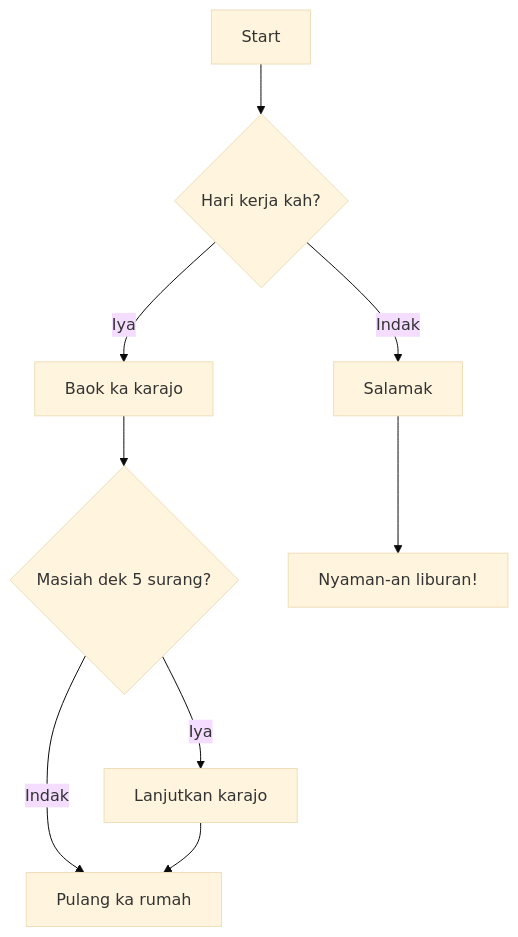
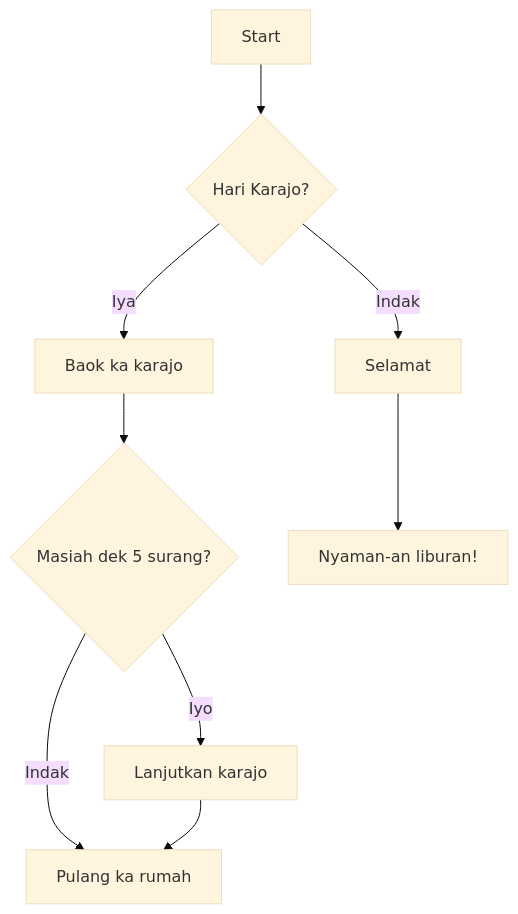
One commit to drshahizan/Generative-AI-Playground changed the diagram in materials/stie/mermaid.md. Above: the diagram before and after it, drawn with Mermaid (base theme). The commit also changed other lines of this file, not shown here.

````diff
--- a/materials/stie/mermaid.md
+++ b/materials/stie/mermaid.md
@@ -36,11 +36,11 @@
 ```mermaid
 graph TD;
-    A[Start] --> B{Hari kerja kah?};
+    A[Start] --> B{Hari Karajo?};
     B -- Iya --> C[Baok ka karajo];
-    B -- Indak --> D[Salamak];
+    B -- Indak --> D[Selamat];
     C --> E{Masiah dek 5 surang?};
-    E -- Iya --> F[Lanjutkan karajo];
+    E -- Iyo --> F[Lanjutkan karajo];
     E -- Indak --> G[Pulang ka rumah];
     D --> H[Nyaman-an liburan!];
     F --> G;
 ```
````
